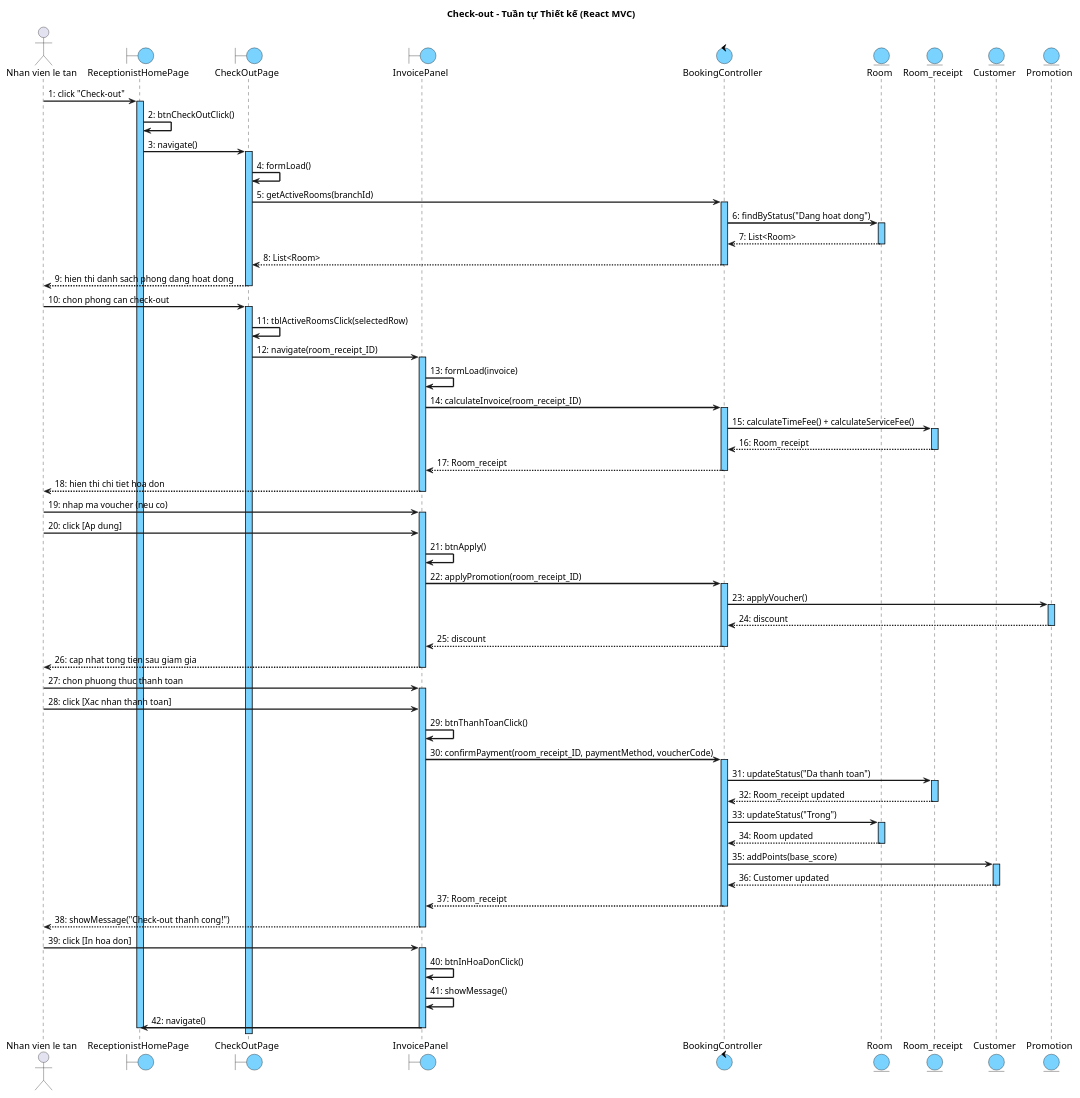
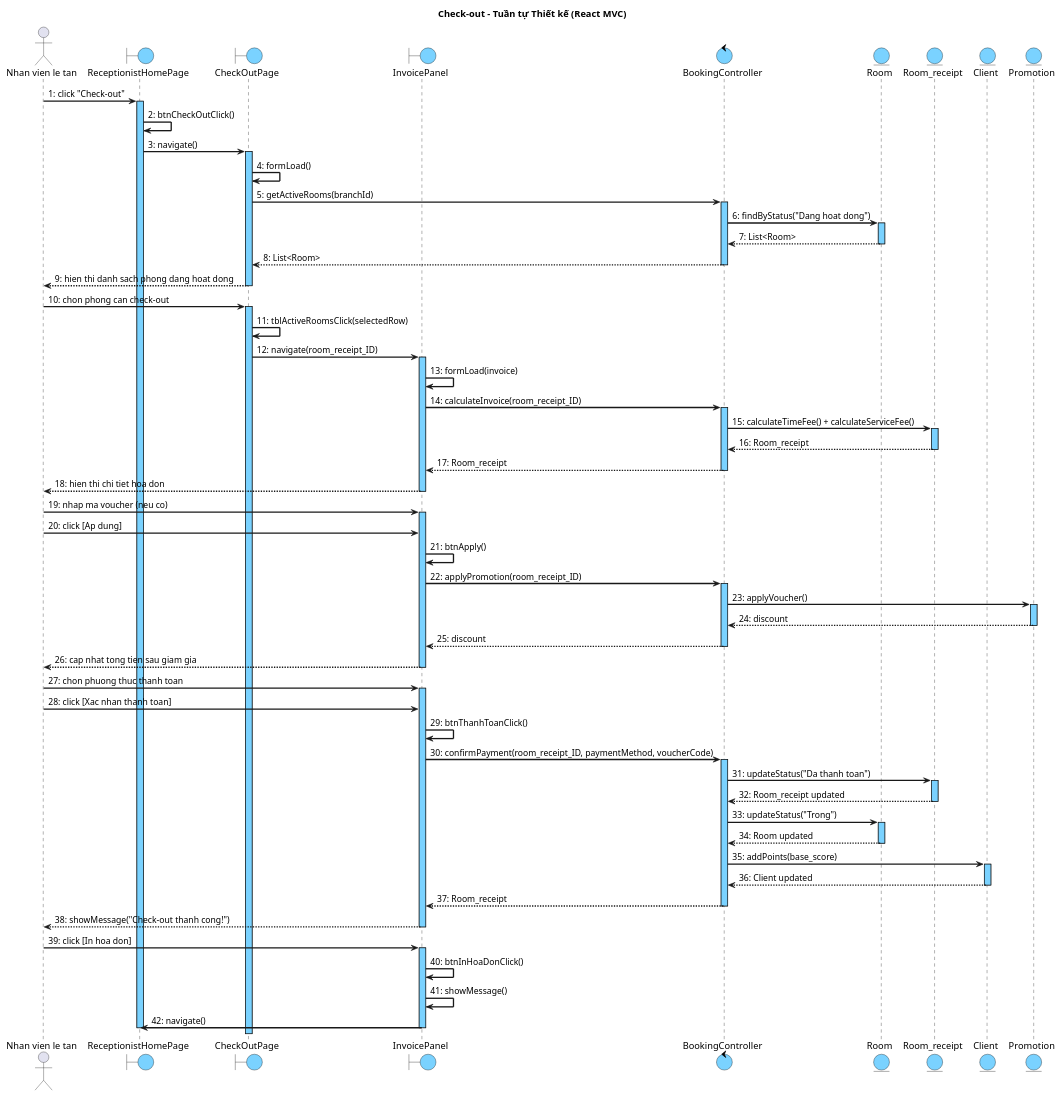
The third of 4 diagrams in docs/tabs/section-booking-iii.4.md (thanhtrnnn/cnpm), drawn with PlantUML before and after one commit. The commit also changed other lines of this file and 16 other files, not shown here.

```diff
--- a/docs/tabs/section-booking-iii.4.md
+++ b/docs/tabs/section-booking-iii.4.md
@@ -318,7 +318,7 @@
 control "BookingController" as Ctrl
 entity "Room" as Room
 entity "Room_receipt" as RR
-entity "Customer" as Cust
+entity "Client" as Cust
 entity "Promotion" as Promo
 
 NV -> Home : 1: click "Check-out"
@@ -386,7 +386,7 @@
 deactivate Room
 Ctrl -> Cust : 35: addPoints(base_score)
 activate Cust
-Cust --> Ctrl : 36: Customer updated
+Cust --> Ctrl : 36: Client updated
 deactivate Cust
 Ctrl --> IP : 37: Room_receipt
 deactivate Ctrl
```
